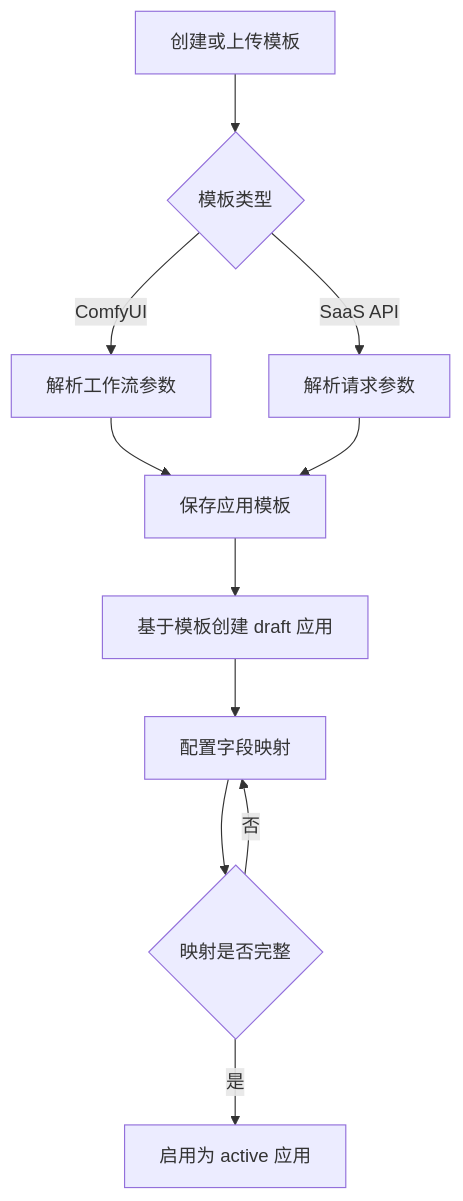
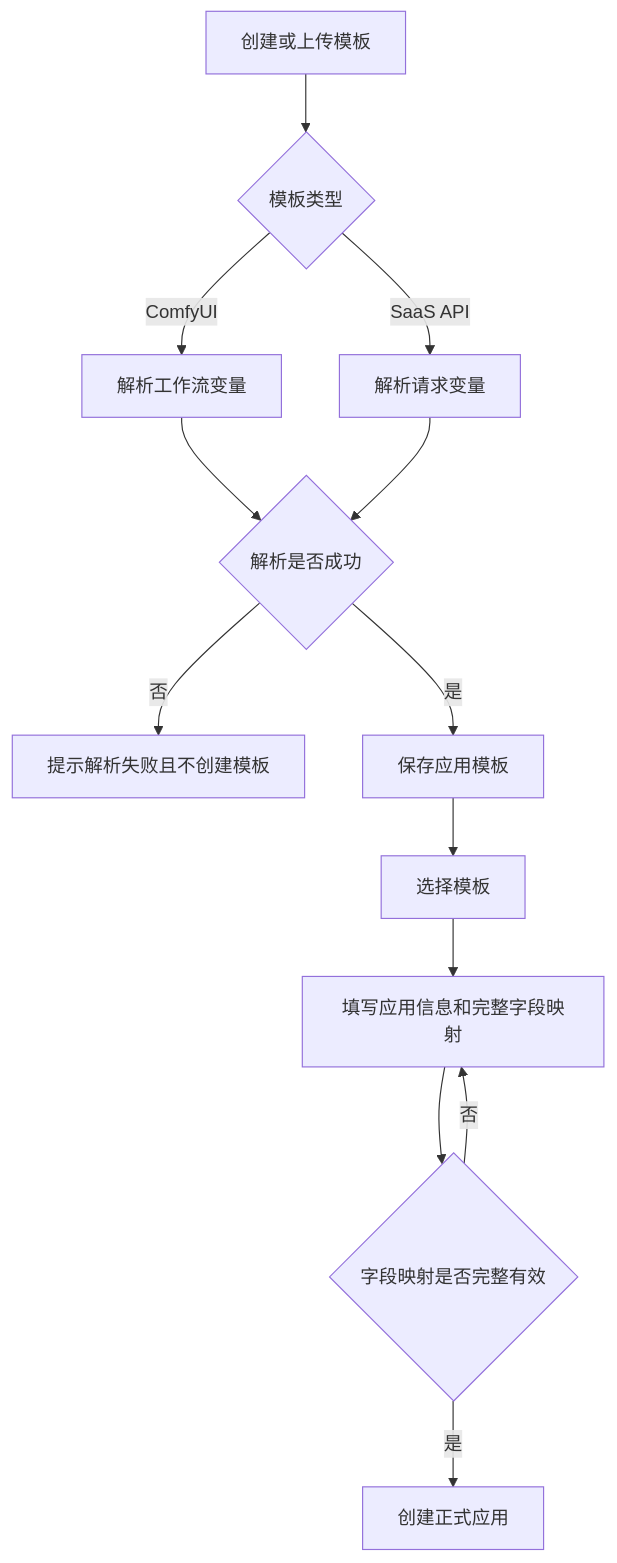
Before and after one commit to wangweihong/omnimam-spec: the first of 2 diagrams in 00_product/domains/application-platform/product-spec.md, drawn with Mermaid. The commit also changed other lines of this file and 9 other files, not shown here.

````diff
--- a/00_product/domains/application-platform/product-spec.md
+++ b/00_product/domains/application-platform/product-spec.md
@@ -251,13 +266,15 @@
 ```mermaid
 flowchart TD
   A["创建或上传模板"] --> B{"模板类型"}
-  B -->|ComfyUI| C["解析工作流参数"]
-  B -->|SaaS API| D["解析请求参数"]
-  C --> E["保存应用模板"]
+  B -->|ComfyUI| C["解析工作流变量"]
+  B -->|SaaS API| D["解析请求变量"]
+  C --> E{"解析是否成功"}
   D --> E
-  E --> F["基于模板创建 draft 应用"]
-  F --> G["配置字段映射"]
-  G --> H{"映射是否完整"}
-  H -->|否| G
-  H -->|是| I["启用为 active 应用"]
+  E -->|否| F["提示解析失败且不创建模板"]
+  E -->|是| G["保存应用模板"]
+  G --> H["选择模板"]
+  H --> I["填写应用信息和完整字段映射"]
+  I --> J{"字段映射是否完整有效"}
+  J -->|否| I
+  J -->|是| K["创建正式应用"]
 ```
````
